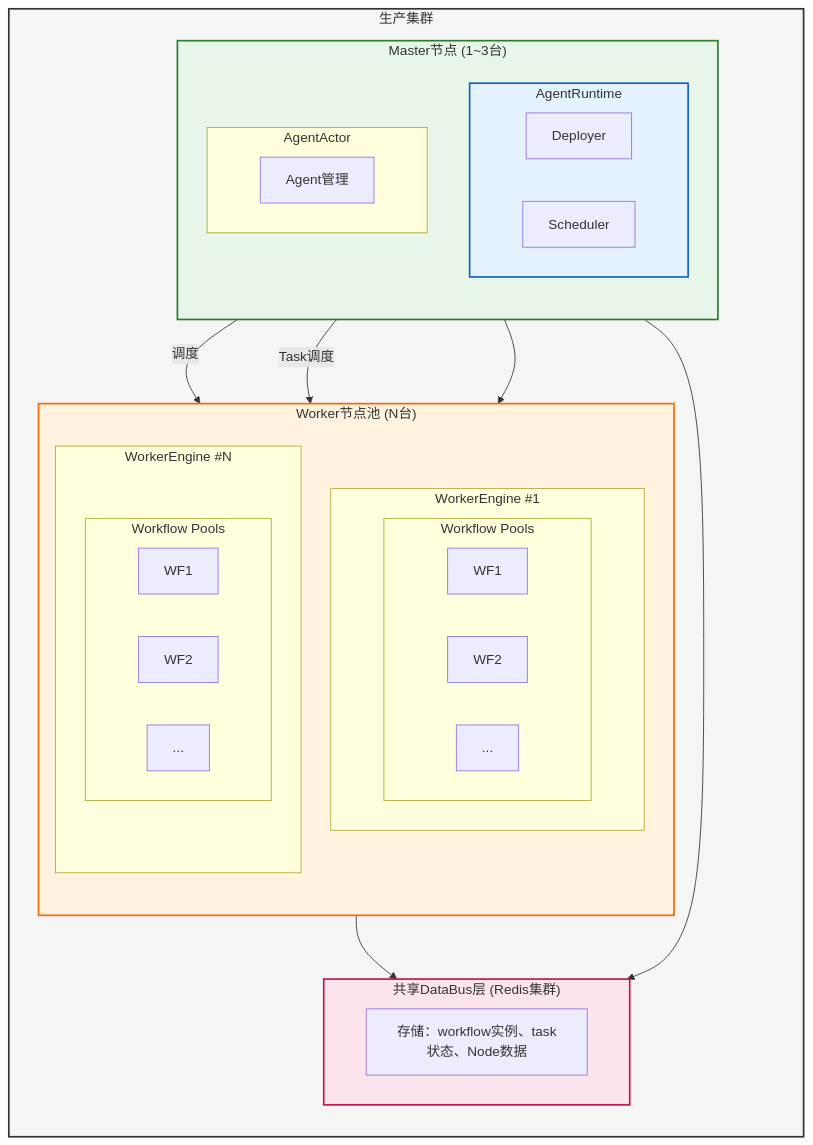
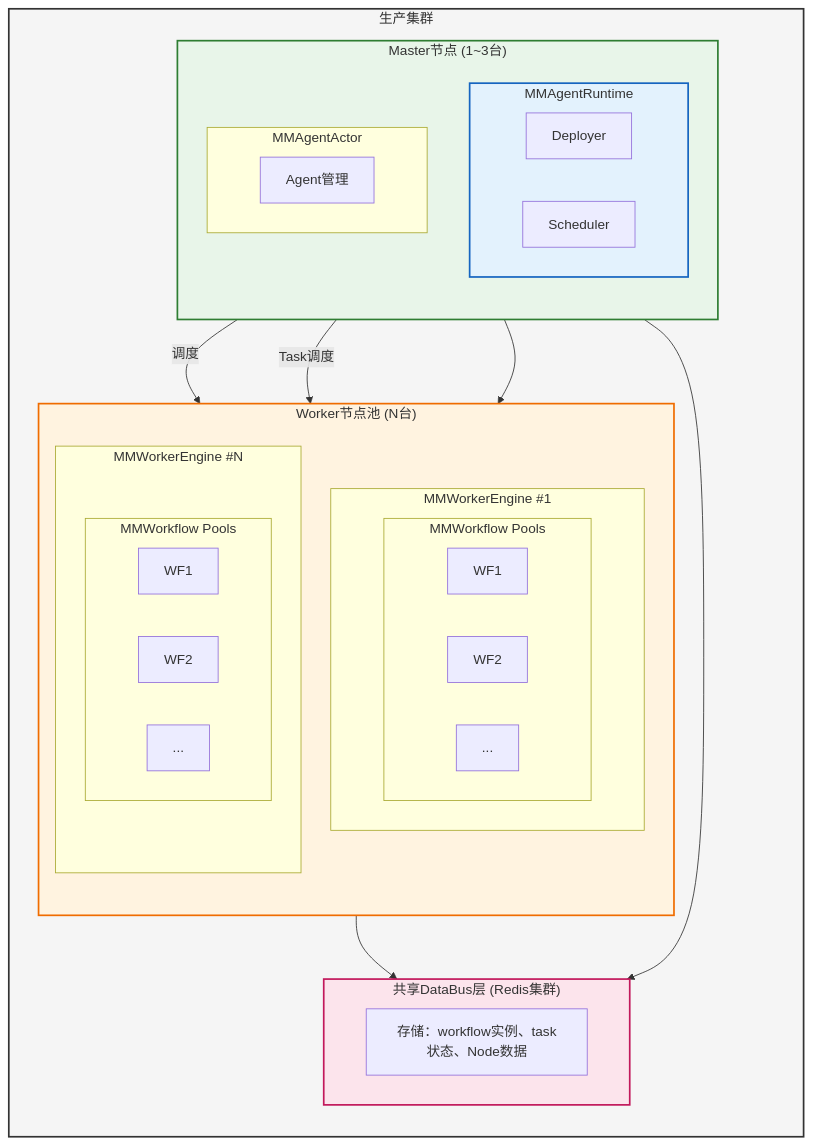
One commit to xyz11274/agentf changed the sixth of 11 diagrams in docs/scheduling.md. Above: the diagram before and after it, drawn with Mermaid. The commit also changed other lines of this file and 106 other files, not shown here.

````diff
--- a/docs/scheduling.md
+++ b/docs/scheduling.md
@@ -883,58 +883,58 @@
 ```mermaid
 flowchart TB
     subgraph Cluster["生产集群"]
         direction TB
 
         subgraph MasterNodes["Master节点 (1~3台)"]
             direction TB
 
-            subgraph AR["AgentRuntime"]
+            subgraph AR["MMAgentRuntime"]
                 direction LR
                 D["Deployer"]
                 Sch["Scheduler"]
             end
 
-            subgraph AA["AgentActor"]
+            subgraph AA["MMAgentActor"]
                 AADesc["Agent管理"]
             end
         end
 
         subgraph WorkerNodes["Worker节点池 (N台)"]
             direction TB
 
-            subgraph WE1["WorkerEngine #1"]
-                subgraph WP1["Workflow Pools"]
+            subgraph WE1["MMWorkerEngine #1"]
+                subgraph WP1["MMWorkflow Pools"]
                     direction LR
                     WF11["WF1"]
                     WF12["WF2"]
                     WF13["..."]
                 end
             end
 
-            subgraph WE2["WorkerEngine #N"]
-                subgraph WP2["Workflow Pools"]
+            subgraph WE2["MMWorkerEngine #N"]
+                subgraph WP2["MMWorkflow Pools"]
                     direction LR
                     WF21["WF1"]
                     WF22["WF2"]
                     WF23["..."]
                 end
             end
         end
 
         subgraph SharedDB["共享DataBus层 (Redis集群)"]
             DBDesc["存储：workflow实例、task状态、Node数据"]
         end
 
         AR -->|调度| WE1
         AR -->|Task调度| WE2
         MasterNodes --> WorkerNodes
         MasterNodes --> SharedDB
         WorkerNodes --> SharedDB
     end
 
     style Cluster fill:#f5f5f5,stroke:#333,stroke-width:2px
     style MasterNodes fill:#e8f5e9,stroke:#2e7d32,stroke-width:2px
     style WorkerNodes fill:#fff3e0,stroke:#ef6c00,stroke-width:2px
     style SharedDB fill:#fce4ec,stroke:#c2185b,stroke-width:2px
     style AR fill:#e3f2fd,stroke:#1565c0,stroke-width:2px
 ```
````
